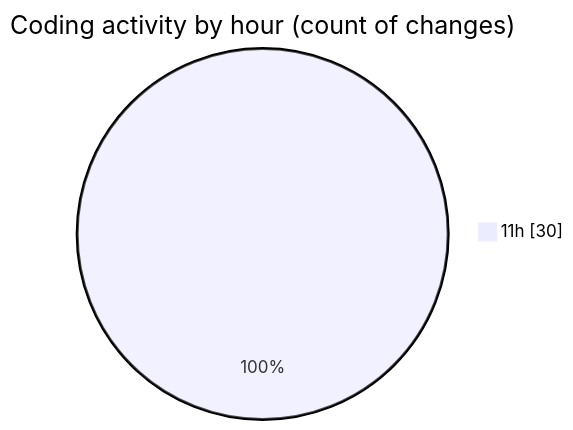
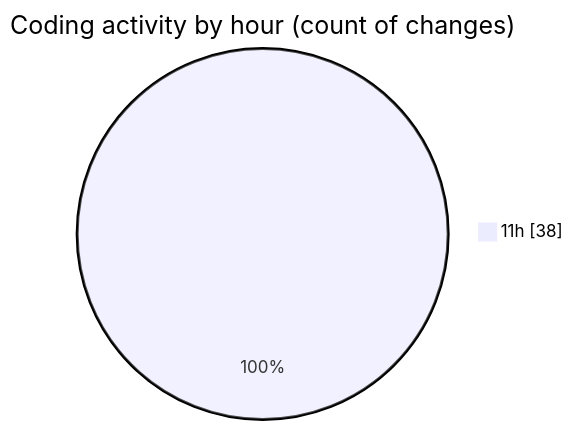
Before and after one commit to Ritupan-Deka/code-tracking: the second of 2 diagrams in 2025-06-22/txtfiles/README.md, drawn with Mermaid. The commit also changed other lines of this file and 1 other file, not shown here.

````diff
--- a/2025-06-22/txtfiles/README.md
+++ b/2025-06-22/txtfiles/README.md
@@ -28,5 +28,5 @@
 ```mermaid
 pie showData
 title Coding activity by hour (count of changes)
-"11h" : 30
+"11h" : 38
 ```
````
